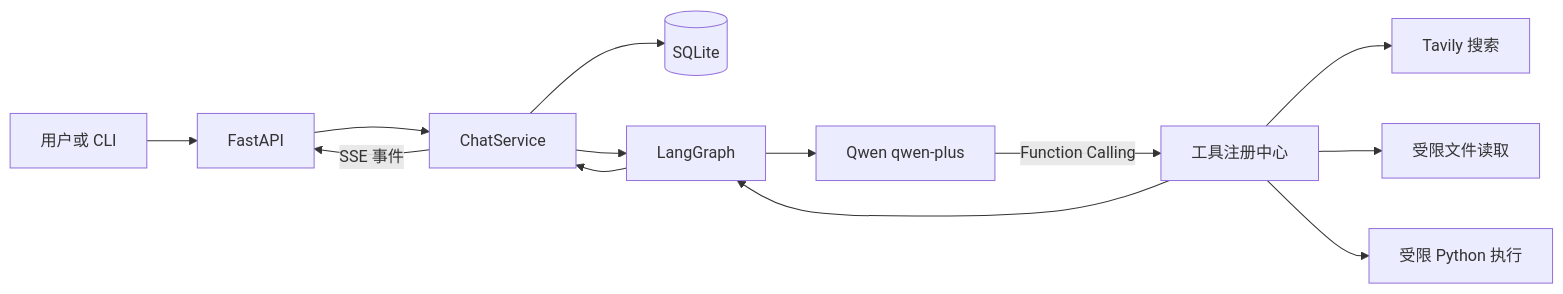
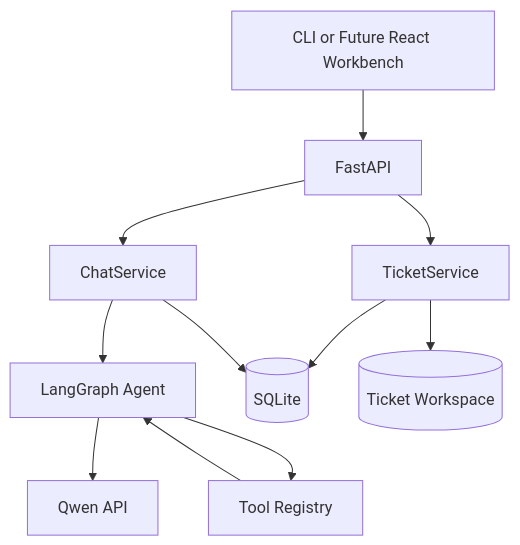
The diagram in README.md (NIYAOYE/ToolUse-Agent-Lab), drawn with Mermaid before and after one commit. The commit also changed other lines of this file and 1 other file, not shown here.

````diff
--- a/README.md
+++ b/README.md
@@ -24,15 +35,23 @@
 ```mermaid
-flowchart LR
-    U[用户或 CLI] --> API[FastAPI]
-    API --> S[ChatService]
-    S --> DB[(SQLite)]
-    S --> G[LangGraph]
-    G --> Q[Qwen qwen-plus]
-    Q -->|Function Calling| T[工具注册中心]
-    T --> W[Tavily 搜索]
-    T --> F[受限文件读取]
-    T --> P[受限 Python 执行]
-    T --> G
-    G --> S
-    S -->|SSE 事件| API
+flowchart TB
+    UI[CLI or Future React Workbench]
+    API[FastAPI]
+    TS[TicketService]
+    CS[ChatService]
+    TR[Tool Registry]
+    AG[LangGraph Agent]
+    Q[Qwen API]
+    DB[(SQLite)]
+    FS[(Ticket Workspace)]
+
+    UI --> API
+    API --> TS
+    API --> CS
+    TS --> DB
+    TS --> FS
+    CS --> DB
+    CS --> AG
+    AG --> Q
+    AG --> TR
+    TR --> AG
 ```
````
